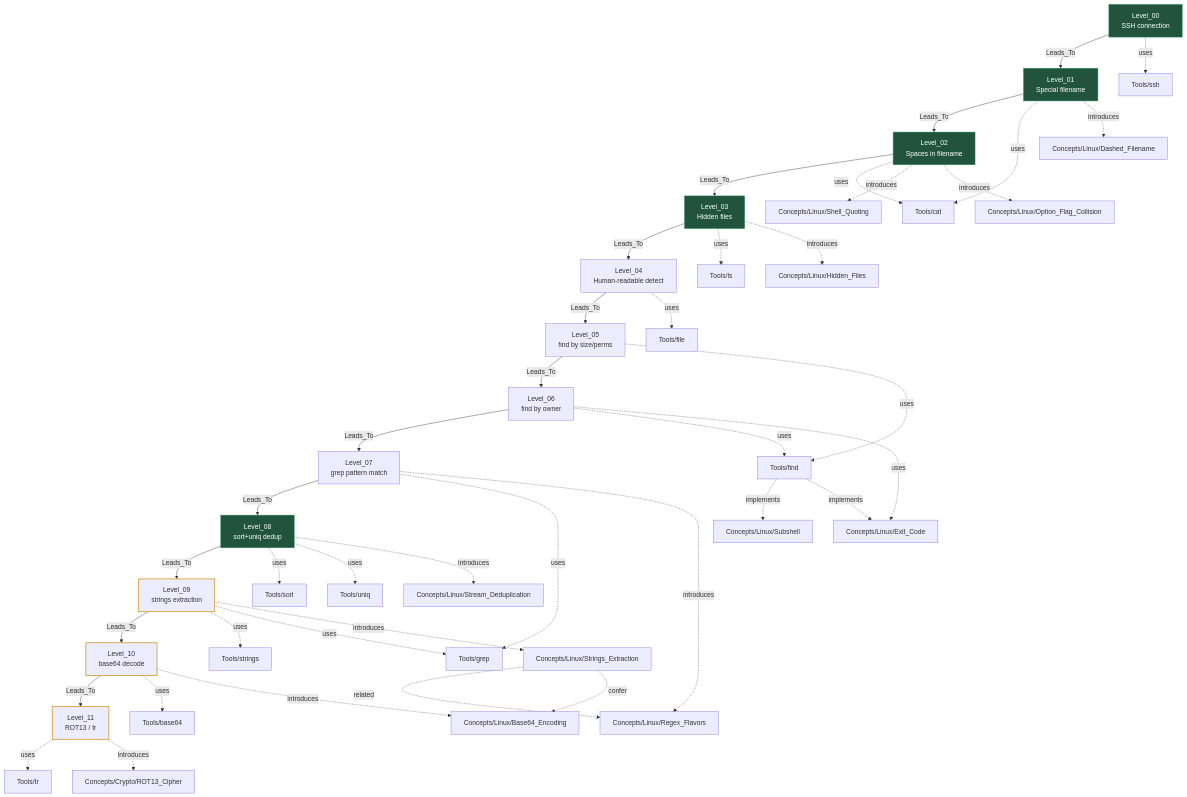
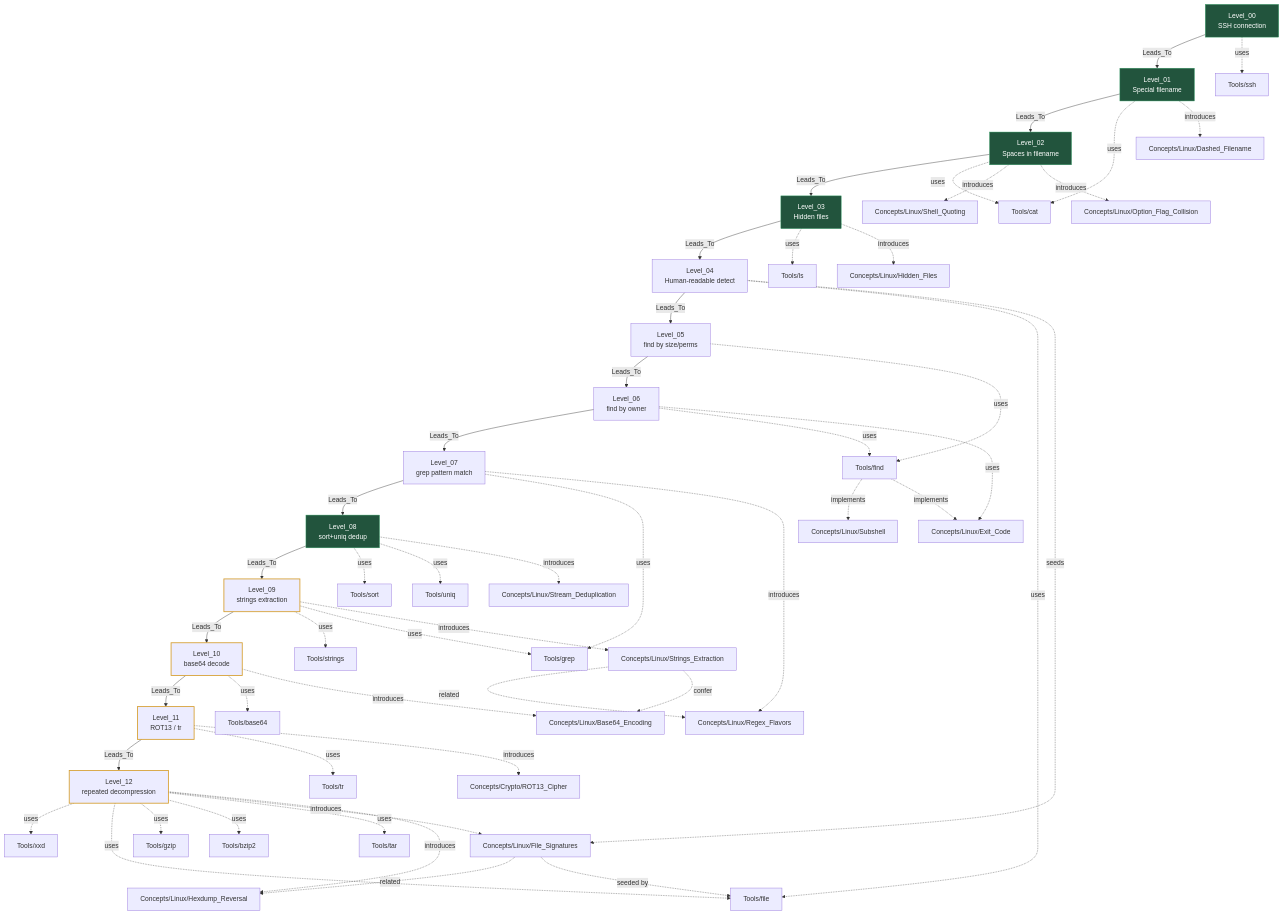
The diagram in _MOC/MOC_Bandit.md (JunyoungCho07/security-writeups), drawn with Mermaid before and after one commit. The commit also changed other lines of this file and 2 other files, not shown here.

Commit message:
feat(bandit): level 12 - repeated decompression + File_Signatures atom
Level 12 writeup: hexdump reversal (xxd -r) then peel 9 compression
layers (gzip/bzip2/tar) by magic-number dispatch via file(1). Captures
the trial-and-error log (xxr typo, xxd -d misuse, gzip suffix, /tmp
mktemp workaround) as lessons.

Add File_Signatures concept atom (magic numbers, libmagic, offset
semantics, polyglot caveat). Update MOC_Bandit graph/table/progress
(12->13 levels, 6 concept atoms).

````diff
--- a/_MOC/MOC_Bandit.md
+++ b/_MOC/MOC_Bandit.md
@@ -26,6 +26,7 @@
     L09[Level_09<br/>strings extraction]
     L10[Level_10<br/>base64 decode]
     L11[Level_11<br/>ROT13 / tr]
+    L12[Level_12<br/>repeated decompression]
 
     L00 -->|Leads_To| L01
     L01 -->|Leads_To| L02
@@ -38,6 +39,7 @@
     L08 -->|Leads_To| L09
     L09 -->|Leads_To| L10
     L10 -->|Leads_To| L11
+    L11 -->|Leads_To| L12
 
     L00 -.->|uses| T_SSH[Tools/ssh]
     L01 -.->|uses| T_CAT[Tools/cat]
@@ -62,8 +64,18 @@
     L10 -.->|introduces| C_B64[Concepts/Linux/Base64_Encoding]
     L11 -.->|uses| T_TR[Tools/tr]
     L11 -.->|introduces| C_ROT13[Concepts/Crypto/ROT13_Cipher]
+    L12 -.->|uses| T_XXD[Tools/xxd]
+    L12 -.->|uses| T_FILE
+    L12 -.->|uses| T_GZIP[Tools/gzip]
+    L12 -.->|uses| T_BZIP2[Tools/bzip2]
+    L12 -.->|uses| T_TAR[Tools/tar]
+    L12 -.->|introduces| C_SIG[Concepts/Linux/File_Signatures]
+    L12 -.->|introduces| C_HEXREV[Concepts/Linux/Hexdump_Reversal]
     C_STRINGS -.->|related| C_REGEX
     C_STRINGS -.->|confer| C_B64
+    C_SIG -.->|related| C_HEXREV
+    C_SIG -.->|seeded by| T_FILE
+    L04 -.->|seeds| C_SIG
 
     %% Foundational concepts (general-purpose, not tied to single level)
     C_SUBSHELL[Concepts/Linux/Subshell]
@@ -84,6 +96,7 @@
     click L09 "Wargames/Bandit/Level_09.md"
     click L10 "Wargames/Bandit/Level_10.md"
     click L11 "Wargames/Bandit/Level_11.md"
+    click L12 "Wargames/Bandit/Level_12.md"
 
     %% Filled = 🟢 solid; outlined = 🟡 developing / 🔴 raw
     style L00 fill:#22543d,stroke:#38a169,color:#fff
@@ -94,4 +107,5 @@
     style L09 stroke:#d69e2e,stroke-width:2px
     style L10 stroke:#d69e2e,stroke-width:2px
     style L11 stroke:#d69e2e,stroke-width:2px
+    style L12 stroke:#d69e2e,stroke-width:2px
 ```
````
